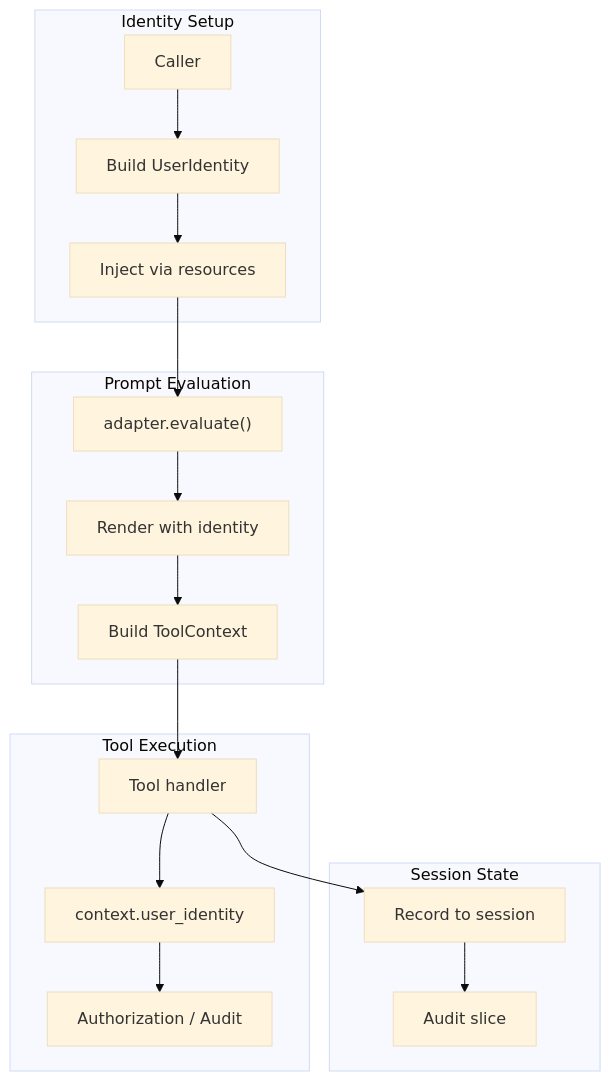
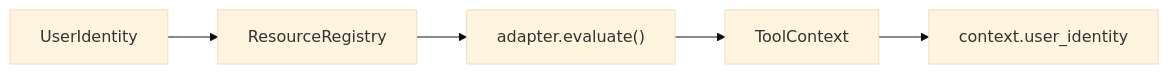
Before and after one commit to weakincentives/weakincentives: the diagram in specs/USER_IDENTITY.md, drawn with Mermaid (base theme). The commit also changed other lines of this file, not shown here.

First line of the commit message:
Simplify user identity spec

````diff
--- a/specs/USER_IDENTITY.md
+++ b/specs/USER_IDENTITY.md
@@ -30,24 +17,7 @@
 ```mermaid
-flowchart TB
-    subgraph Setup["Identity Setup"]
-        Caller["Caller"] --> Build["Build UserIdentity"]
-        Build --> Inject["Inject via resources"]
-    end
-
-    subgraph Evaluation["Prompt Evaluation"]
-        Inject --> Adapter["adapter.evaluate()"]
-        Adapter --> RenderCtx["Render with identity"]
-        RenderCtx --> ToolCtx["Build ToolContext"]
-    end
-
-    subgraph ToolExec["Tool Execution"]
-        ToolCtx --> Handler["Tool handler"]
-        Handler --> Query["context.user_identity"]
-        Query --> Decision["Authorization / Audit"]
-    end
-
-    subgraph Session["Session State"]
-        Handler --> Record["Record to session"]
-        Record --> Audit["Audit slice"]
-    end
+flowchart LR
+    Build["UserIdentity"] --> Resources["ResourceRegistry"]
+    Resources --> Adapter["adapter.evaluate()"]
+    Adapter --> ToolCtx["ToolContext"]
+    ToolCtx --> Handler["context.user_identity"]
 ```
````
